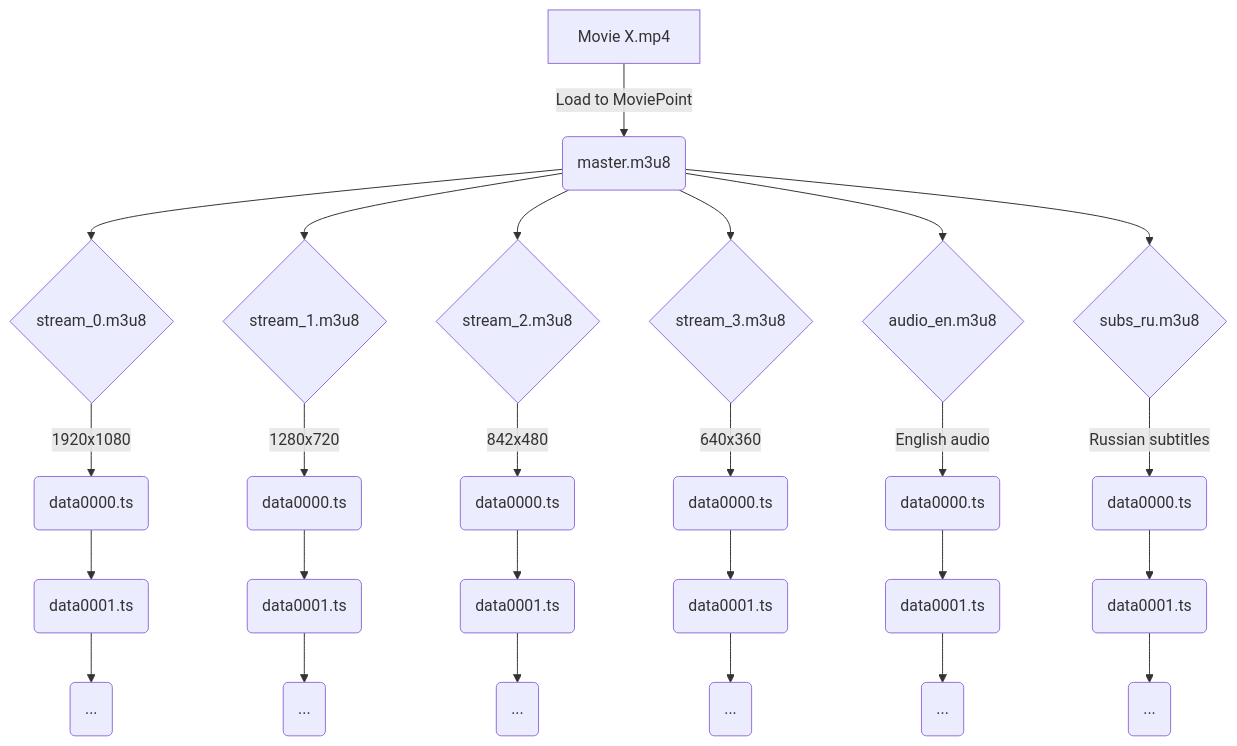
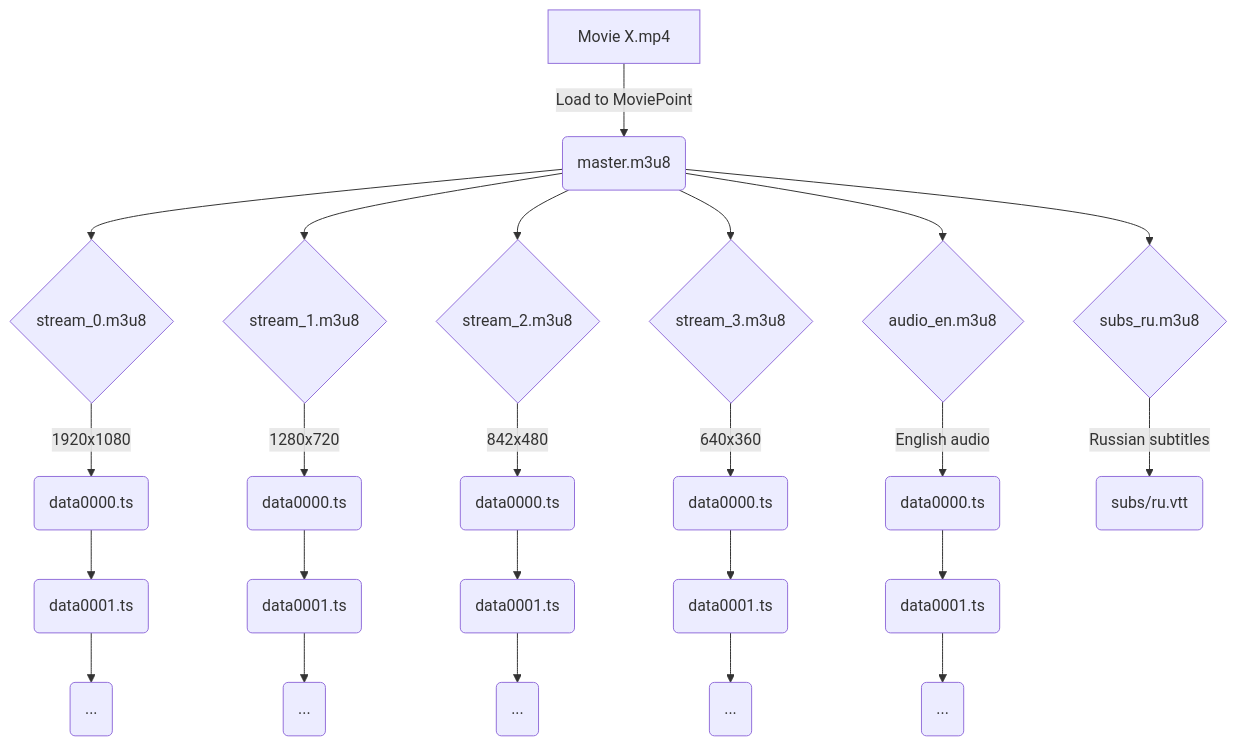
One commit to AlexSavelev/MoviePoint changed the diagram in README.md. Above: the diagram before and after it, drawn with Mermaid. The commit also changed 1 other file, not shown here.

Commit message:
rus audio are always default

````diff
--- a/README.md
+++ b/README.md
@@ -30,34 +30,32 @@
 ```mermaid
 flowchart TD
     A[Movie X.mp4] -->|Load to MoviePoint| B(master.m3u8)
     B --> C{stream_0.m3u8}
     B --> D{stream_1.m3u8}
     B --> E{stream_2.m3u8}
     B --> F{stream_3.m3u8}
     B --> S{audio_en.m3u8}
     B --> T{subs_ru.m3u8}
 
     C --> |1920x1080| G(data0000.ts)
     G --> H(data0001.ts)
     H --> I(...)
 
     D --> |1280x720| J(data0000.ts)
     J --> K(data0001.ts)
     K --> L(...)
 
     E --> |842x480| M(data0000.ts)
     M --> N(data0001.ts)
     N --> O(...)
 
     F --> |640x360| P(data0000.ts)
     P --> Q(data0001.ts)
     Q --> R(...)
 
     S --> |English audio| U(data0000.ts)
     U --> W(data0001.ts)
     W --> X(...)
 
-    T --> |Russian subtitles| Y(data0000.ts)
-    Y --> Z(data0001.ts)
-    Z --> V(...)
+    T --> |Russian subtitles| Y(subs/ru.vtt)
 ```
````
